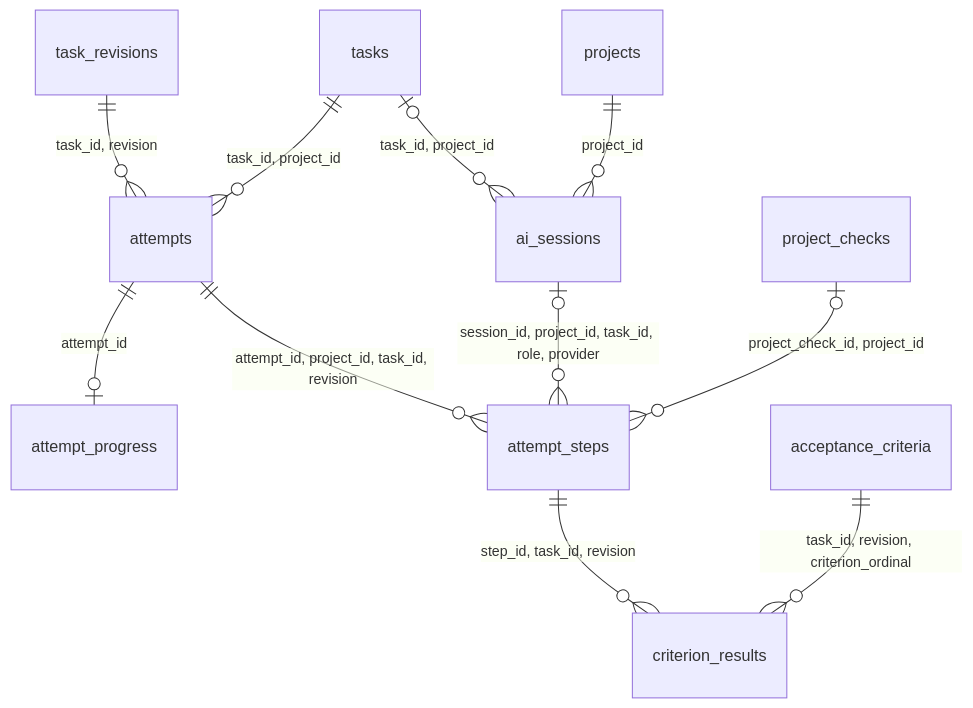
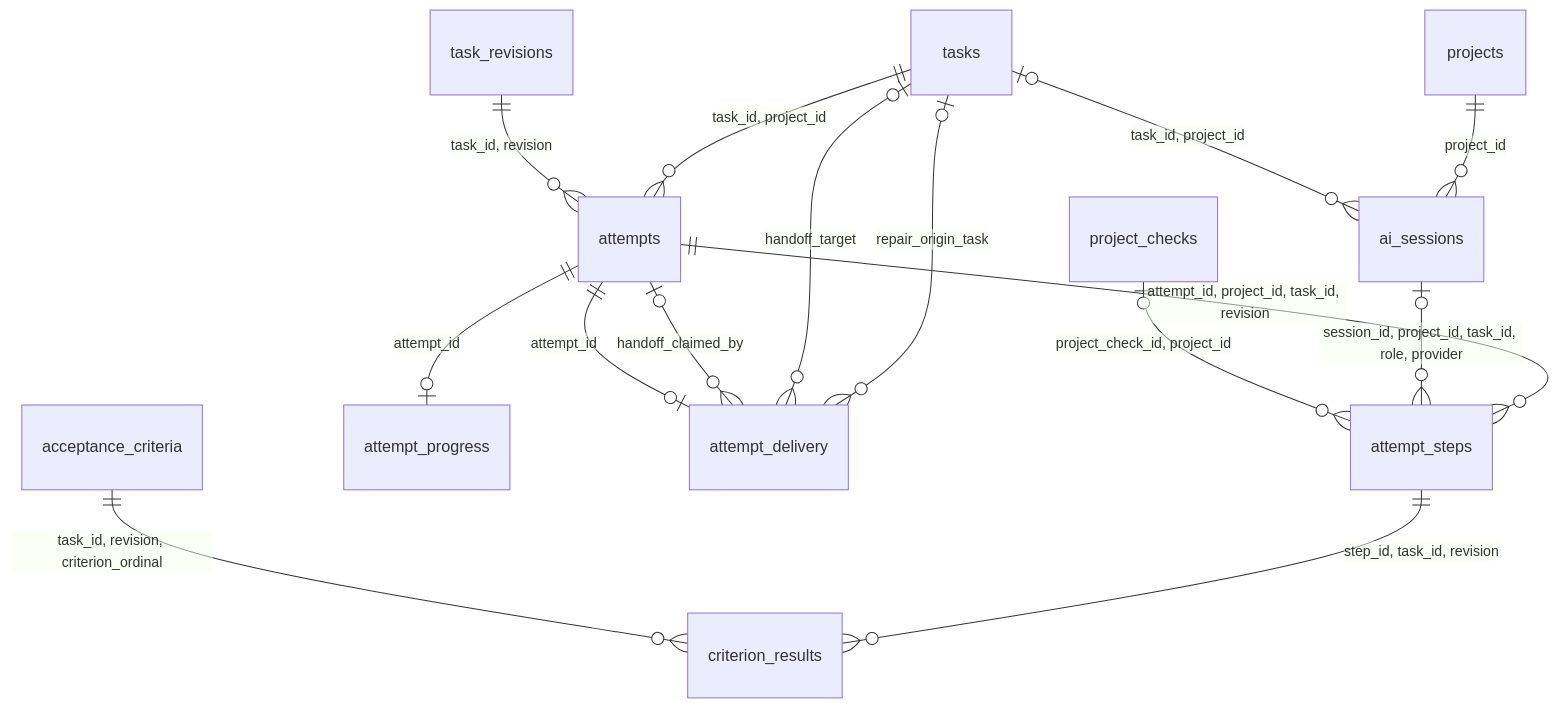
The second of 3 diagrams in docs/STORAGE.md (IllyaYalovyy/ktask-rs), drawn with Mermaid before and after one commit. The commit also changed other lines of this file and 27 other files, not shown here.

````diff
--- a/docs/STORAGE.md
+++ b/docs/STORAGE.md
@@ -127,13 +141,17 @@
 ```mermaid
 erDiagram
     task_revisions ||--o{ attempts : "task_id, revision"
     tasks ||--o{ attempts : "task_id, project_id"
     tasks o|--o{ ai_sessions : "task_id, project_id"
     projects ||--o{ ai_sessions : "project_id"
     project_checks o|--o{ attempt_steps : "project_check_id, project_id"
     ai_sessions o|--o{ attempt_steps : "session_id, project_id, task_id, role, provider"
     attempts ||--o| attempt_progress : "attempt_id"
+    attempts ||--o| attempt_delivery : "attempt_id"
+    attempts o|--o{ attempt_delivery : "handoff_claimed_by"
+    tasks o|--o{ attempt_delivery : "handoff_target"
+    tasks o|--o{ attempt_delivery : "repair_origin_task"
     attempts ||--o{ attempt_steps : "attempt_id, project_id, task_id, revision"
     acceptance_criteria ||--o{ criterion_results : "task_id, revision, criterion_ordinal"
     attempt_steps ||--o{ criterion_results : "step_id, task_id, revision"
 ```
````
